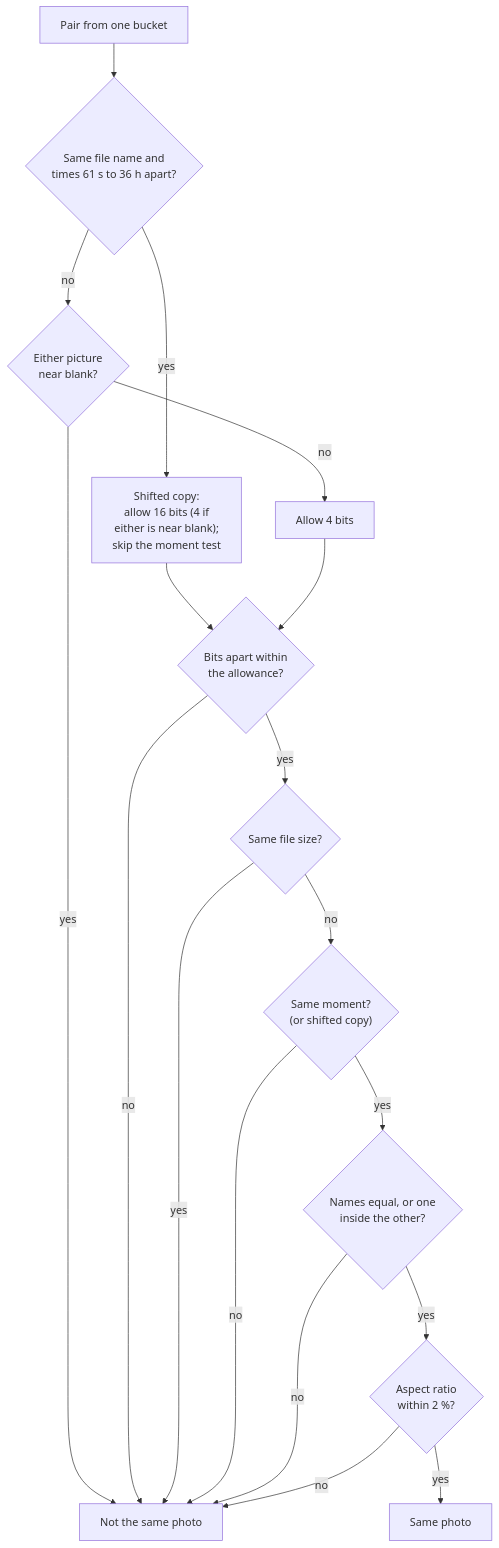
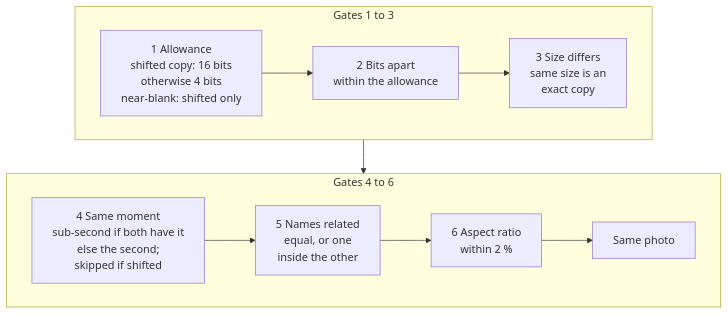
Before and after one commit to AxialForge/Lunelis: the fourth of 5 diagrams in docs/src/engine-duplicates.md, drawn with Mermaid. The commit also changed other lines of this file and 6 other files, not shown here.

Commit message:
Kit: keep table columns wide enough for their longest word, legend below charts, no blank page before a chapter, optional chapter flow

````diff
--- a/docs/src/engine-duplicates.md
+++ b/docs/src/engine-duplicates.md
@@ -252,20 +175,12 @@
-```mermaid The near-duplicate decision: the real tests, in code order. Any failed test rejects the pair.
+```mermaid The near-duplicate decision: six gates, in code order, with the real thresholds. Any failed gate rejects the pair.
 flowchart TB
-  A["Pair from one bucket"] --> B{"Same file name and<br>times 61 s to 36 h apart?"}
-  B -- yes --> S["Shifted copy:<br>allow 16 bits (4 if<br>either is near blank);<br>skip the moment test"]
-  B -- no --> C{"Either picture<br>near blank?"}
-  C -- yes --> R["Not the same photo"]
-  C -- no --> T["Allow 4 bits"]
-  S --> D{"Bits apart within<br>the allowance?"}
-  T --> D
-  D -- no --> R
-  D -- yes --> E{"Same file size?"}
-  E -- yes --> R
-  E -- no --> F{"Same moment?<br>(or shifted copy)"}
-  F -- no --> R
-  F -- yes --> G{"Names equal, or one<br>inside the other?"}
-  G -- no --> R
-  G -- yes --> H{"Aspect ratio<br>within 2 %?"}
-  H -- no --> R
-  H -- yes --> M["Same photo"]
+  subgraph R1["Gates 1 to 3"]
+    direction LR
+    G1["1 Allowance<br>shifted copy: 16 bits<br>otherwise 4 bits<br>near-blank: shifted only"] --> G2["2 Bits apart<br>within the allowance"] --> G3["3 Size differs<br>same size is an<br>exact copy"]
+  end
+  subgraph R2["Gates 4 to 6"]
+    direction LR
+    G4["4 Same moment<br>sub-second if both have it<br>else the second;<br>skipped if shifted"] --> G5["5 Names related<br>equal, or one<br>inside the other"] --> G6["6 Aspect ratio<br>within 2 %"] --> OK["Same photo"]
+  end
+  R1 --> R2
 ```
````
